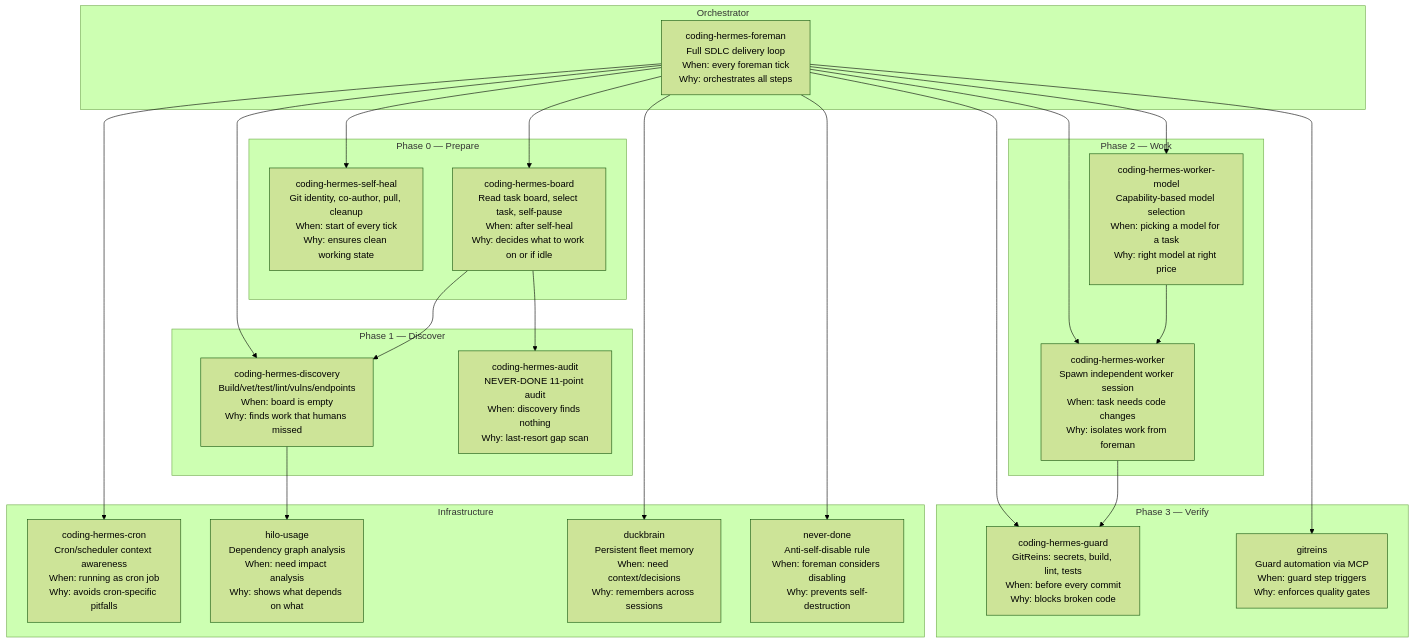
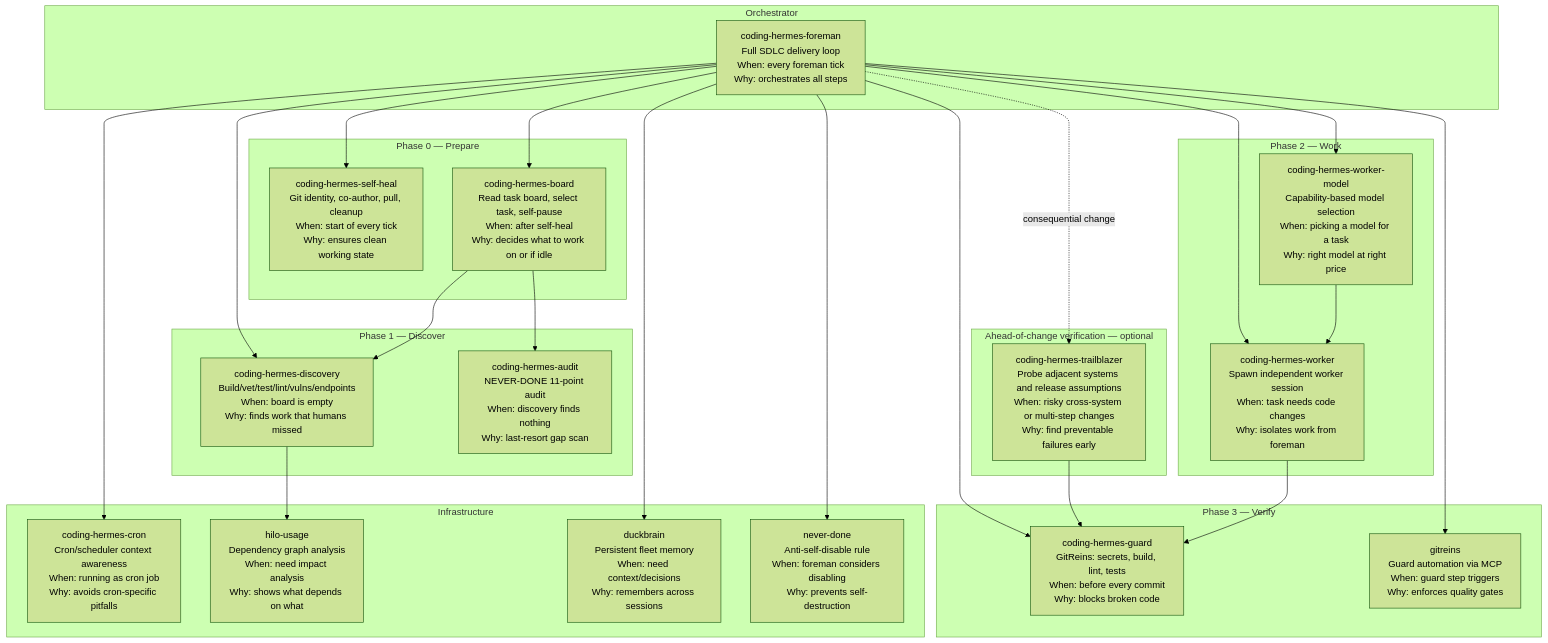
Before and after one commit to coding-hermes/skills: the diagram in coding-hermes-map/SKILL.md, drawn with Mermaid (forest theme). The commit also changed other lines of this file and 1 other file, not shown here.

Commit message:
feat(skills): add proactive trailblazer verification skill

````diff
--- a/coding-hermes-map/SKILL.md
+++ b/coding-hermes-map/SKILL.md
@@ -16,49 +16,55 @@
 ```mermaid
 graph TD
     subgraph "Orchestrator"
         CF[coding-hermes-foreman<br/>Full SDLC delivery loop<br/>When: every foreman tick<br/>Why: orchestrates all steps]
     end
 
     subgraph "Phase 0 — Prepare"
         SH[coding-hermes-self-heal<br/>Git identity, co-author, pull, cleanup<br/>When: start of every tick<br/>Why: ensures clean working state]
         BD[coding-hermes-board<br/>Read task board, select task, self-pause<br/>When: after self-heal<br/>Why: decides what to work on or if idle]
     end
 
     subgraph "Phase 1 — Discover"
         DS[coding-hermes-discovery<br/>Build/vet/test/lint/vulns/endpoints<br/>When: board is empty<br/>Why: finds work that humans missed]
         AU[coding-hermes-audit<br/>NEVER-DONE 11-point audit<br/>When: discovery finds nothing<br/>Why: last-resort gap scan]
     end
 
     subgraph "Phase 2 — Work"
         WM[coding-hermes-worker-model<br/>Capability-based model selection<br/>When: picking a model for a task<br/>Why: right model at right price]
         WK[coding-hermes-worker<br/>Spawn independent worker session<br/>When: task needs code changes<br/>Why: isolates work from foreman]
+    end
+
+    subgraph "Ahead-of-change verification — optional"
+        TB[coding-hermes-trailblazer<br/>Probe adjacent systems and release assumptions<br/>When: risky cross-system or multi-step changes<br/>Why: find preventable failures early]
     end
 
     subgraph "Phase 3 — Verify"
         GD[coding-hermes-guard<br/>GitReins: secrets, build, lint, tests<br/>When: before every commit<br/>Why: blocks broken code]
         GR[gitreins<br/>Guard automation via MCP<br/>When: guard step triggers<br/>Why: enforces quality gates]
     end
 
     subgraph "Infrastructure"
         CR[coding-hermes-cron<br/>Cron/scheduler context awareness<br/>When: running as cron job<br/>Why: avoids cron-specific pitfalls]
         HI[hilo-usage<br/>Dependency graph analysis<br/>When: need impact analysis<br/>Why: shows what depends on what]
         DB[duckbrain<br/>Persistent fleet memory<br/>When: need context/decisions<br/>Why: remembers across sessions]
         ND[never-done<br/>Anti-self-disable rule<br/>When: foreman considers disabling<br/>Why: prevents self-destruction]
     end
 
     CF --> SH
     CF --> BD
     CF --> DS
     CF --> WM
     CF --> WK
     CF --> GD
     BD --> DS
     BD --> AU
     WM --> WK
+    CF -. consequential change .-> TB
+    TB --> GD
     WK --> GD
     DS --> HI
     CF --> CR
     CF --> GR
     CF --> DB
     CF --> ND
 ```
````
